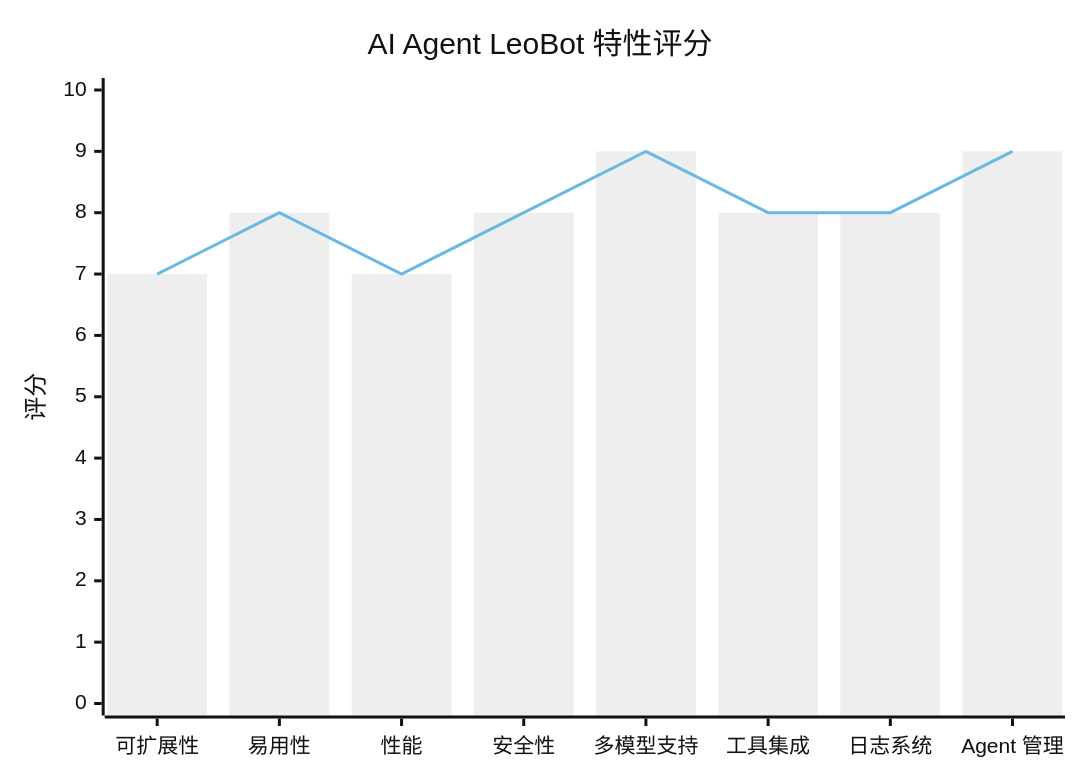
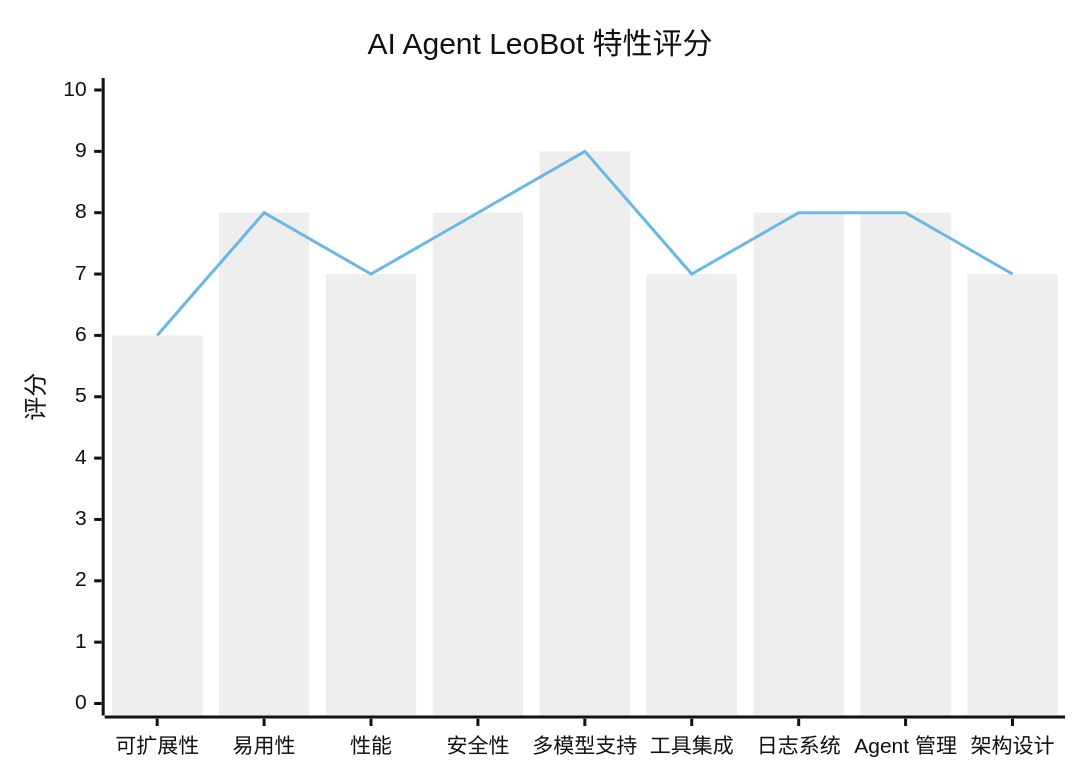
Before and after one commit to Leonardo-lijianan/ai-agent-leobot: the tenth of 10 diagrams in docs/现实情况.md, drawn with Mermaid (neutral theme). The commit also changed other lines of this file and 25 other files, not shown here.

````diff
--- a/docs/现实情况.md
+++ b/docs/现实情况.md
@@ -538,8 +771,8 @@
 ```mermaid
 xychart-beta
     title "AI Agent LeoBot 特性评分"
-    x-axis ["可扩展性", "易用性", "性能", "安全性", "多模型支持", "工具集成", "日志系统", "Agent 管理"]
+    x-axis ["可扩展性", "易用性", "性能", "安全性", "多模型支持", "工具集成", "日志系统", "Agent 管理", "架构设计"]
     y-axis "评分" 0 --> 10
-    bar [7, 8, 7, 8, 9, 8, 8, 9]
-    line [7, 8, 7, 8, 9, 8, 8, 9]
+    bar [6, 8, 7, 8, 9, 7, 8, 8, 7]
+    line [6, 8, 7, 8, 9, 7, 8, 8, 7]
 ```
````
